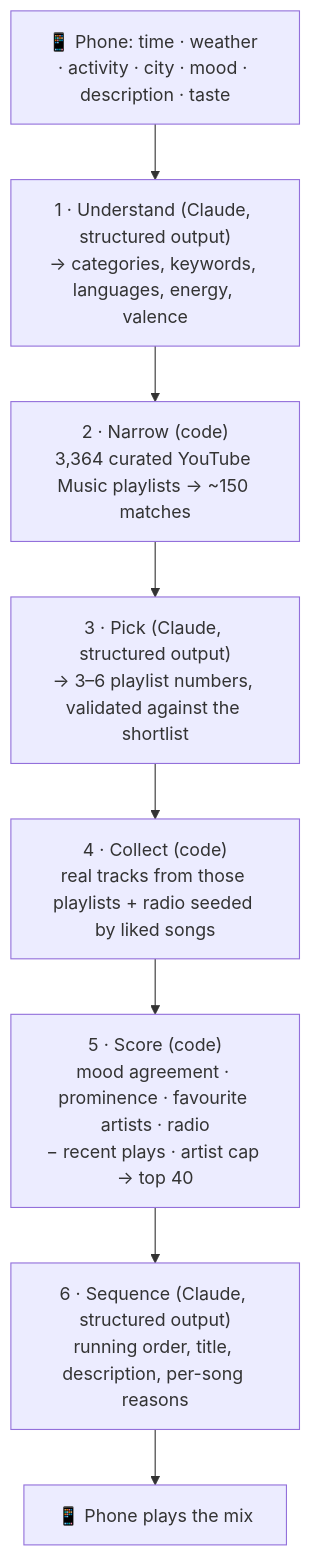
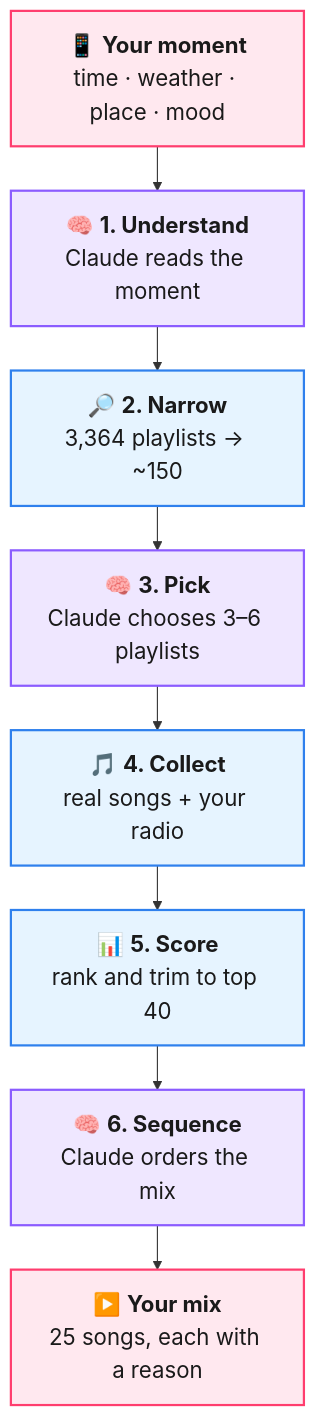
Before and after one commit to nithin261829/melodi-ai: the diagram in README.md, drawn with Mermaid. The commit also changed other lines of this file, not shown here.

Commit message:
README: make the How it works diagram readable
Bigger font, one short title and line per box (the details stay in the numbered list), and colour-coded LLM, code and phone steps with a legend.

````diff
--- a/README.md
+++ b/README.md
@@ -43,11 +43,19 @@
 ```mermaid
+%%{init: {"themeVariables": {"fontSize": "20px"}, "flowchart": {"nodeSpacing": 30, "rankSpacing": 40, "padding": 16}}}%%
 flowchart TD
-    A["📱 Phone: time · weather · activity · city · mood · description · taste"] --> B
-    B["1 · Understand (Claude, structured output)<br/>→ categories, keywords, languages, energy, valence"] --> C
-    C["2 · Narrow (code)<br/>3,364 curated YouTube Music playlists → ~150 matches"] --> D
-    D["3 · Pick (Claude, structured output)<br/>→ 3–6 playlist numbers, validated against the shortlist"] --> E
-    E["4 · Collect (code)<br/>real tracks from those playlists + radio seeded by liked songs"] --> F
-    F["5 · Score (code)<br/>mood agreement · prominence · favourite artists · radio<br/>− recent plays · artist cap → top 40"] --> G
-    G["6 · Sequence (Claude, structured output)<br/>running order, title, description, per-song reasons"] --> H
-    H["📱 Phone plays the mix"]
+    A["📱 <b>Your moment</b><br/>time · weather · place · mood"]
+    B["🧠 <b>1. Understand</b><br/>Claude reads the moment"]
+    C["🔎 <b>2. Narrow</b><br/>3,364 playlists → ~150"]
+    D["🧠 <b>3. Pick</b><br/>Claude chooses 3–6 playlists"]
+    E["🎵 <b>4. Collect</b><br/>real songs + your radio"]
+    F["📊 <b>5. Score</b><br/>rank and trim to top 40"]
+    G["🧠 <b>6. Sequence</b><br/>Claude orders the mix"]
+    H["▶️ <b>Your mix</b><br/>25 songs, each with a reason"]
+    A --> B --> C --> D --> E --> F --> G --> H
+    classDef ai fill:#efe7ff,stroke:#8b5cff,stroke-width:2px,color:#1a1a1a
+    classDef code fill:#e6f4ff,stroke:#2f80ed,stroke-width:2px,color:#1a1a1a
+    classDef phone fill:#ffe8ef,stroke:#ff3d6e,stroke-width:2px,color:#1a1a1a
+    class B,D,G ai
+    class C,E,F code
+    class A,H phone
 ```
````
